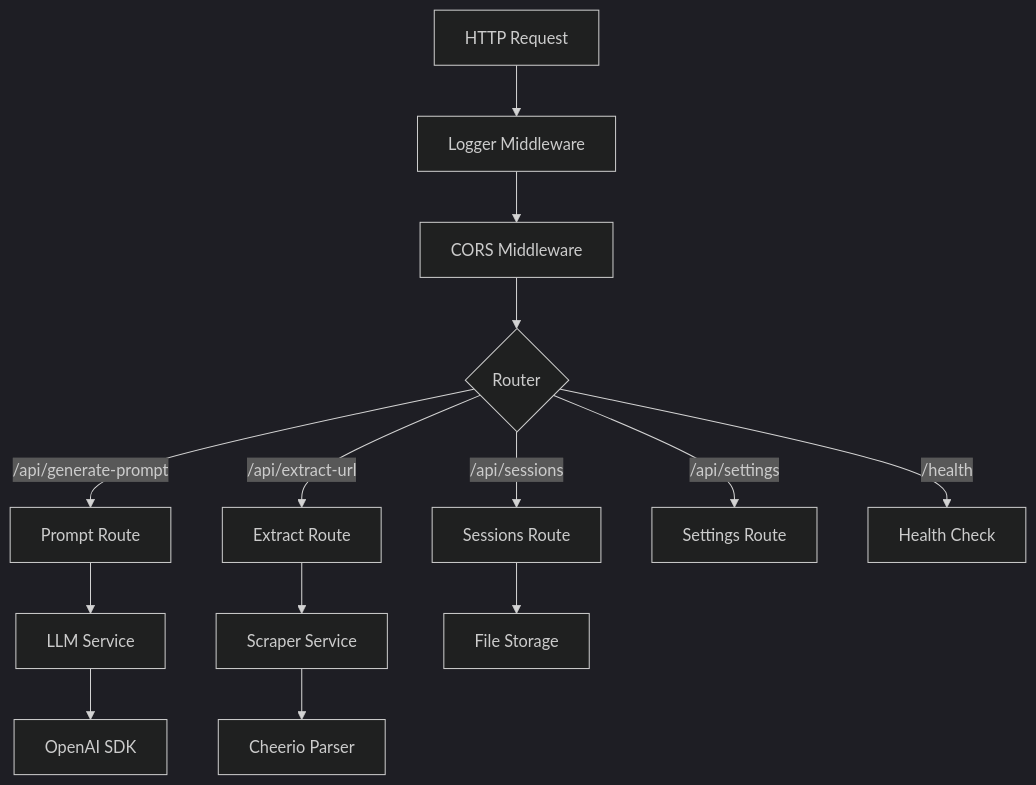
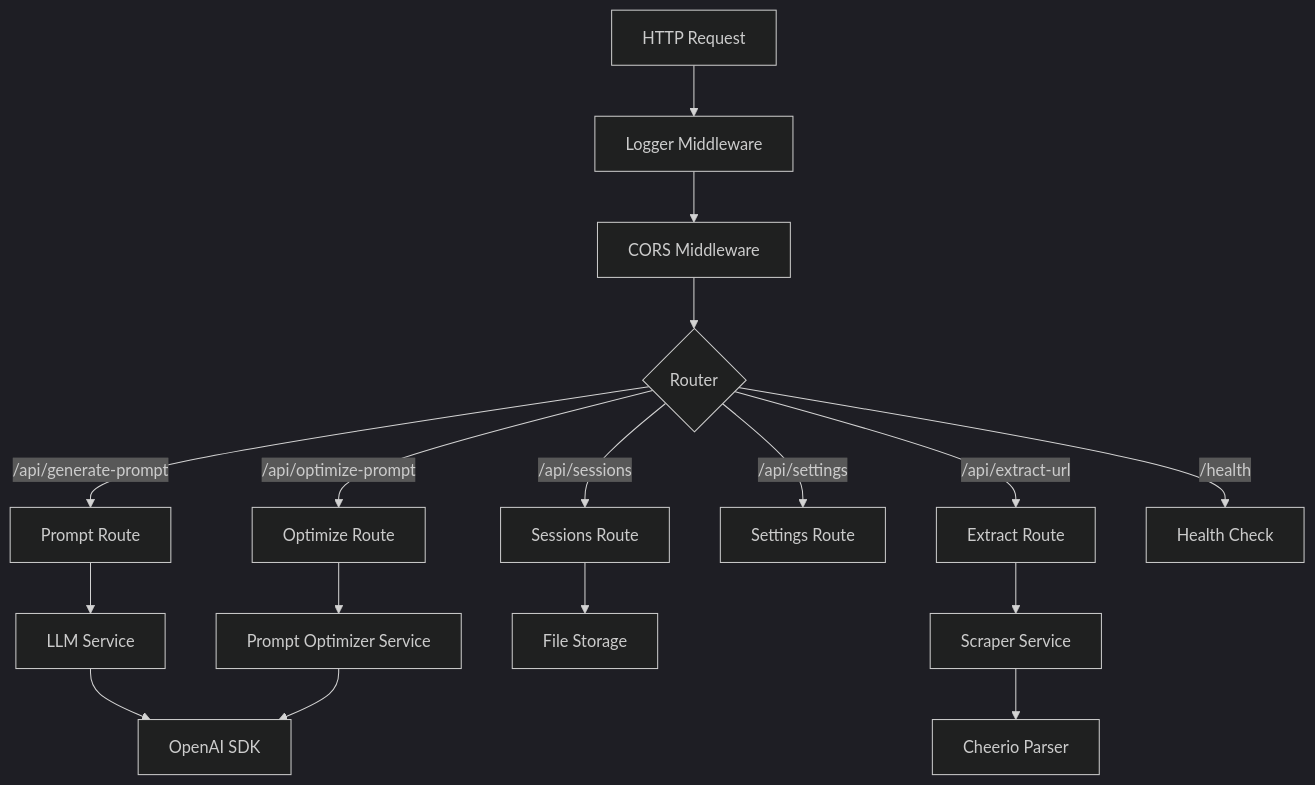
One commit to xuan2261/nano-banana-slides-prompter changed the fifth of 11 diagrams in docs/system-architecture.md. Above: the diagram before and after it, drawn with Mermaid (dark theme). The commit also changed other lines of this file and 24 other files, not shown here.

First line of the commit message:
feat(phase2): add Prompt Optimizer, PDF Preview, and Design Tools Export

````diff
--- a/docs/system-architecture.md
+++ b/docs/system-architecture.md
@@ -121,20 +121,23 @@
 ```mermaid
 flowchart TD
     Request[HTTP Request]
     Request --> Logger[Logger Middleware]
     Logger --> CORS[CORS Middleware]
     CORS --> Router{Router}
 
     Router -->|/api/generate-prompt| Prompt[Prompt Route]
     Router -->|/api/extract-url| Extract[Extract Route]
     Router -->|/api/sessions| Sessions[Sessions Route]
     Router -->|/api/settings| Settings[Settings Route]
+    Router -->|/api/optimize-prompt| Optimize[Optimize Route]
     Router -->|/health| Health[Health Check]
 
     Prompt --> LLMService[LLM Service]
     Extract --> ScraperService[Scraper Service]
     Sessions --> FileStorage[File Storage]
+    Optimize --> OptimizerService[Prompt Optimizer Service]
 
     LLMService --> OpenAI[OpenAI SDK]
     ScraperService --> Cheerio[Cheerio Parser]
+    OptimizerService --> OpenAI
 ```
````
